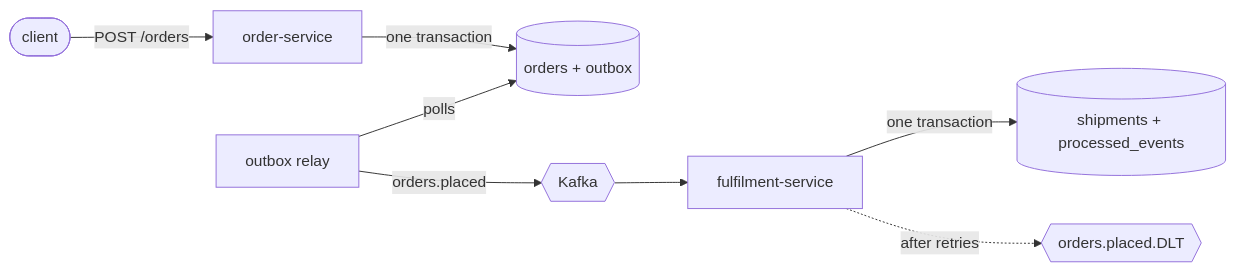
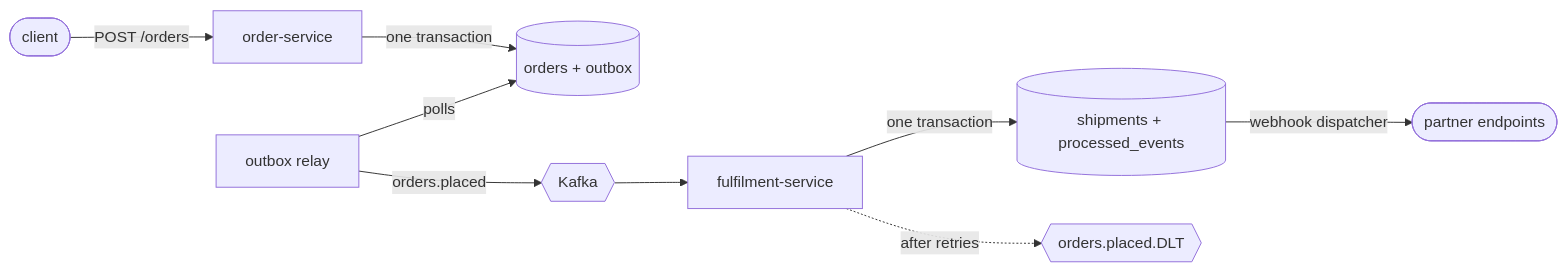
The diagram in README.md (nagarjuna-thumma/order-events), drawn with Mermaid before and after one commit. The commit also changed other lines of this file and 21 other files, not shown here.

````diff
--- a/README.md
+++ b/README.md
@@ -9,10 +9,11 @@
 ```mermaid
 flowchart LR
     client([client]) -->|POST /orders| os[order-service]
     os -->|one transaction| db1[(orders + outbox)]
     relay[outbox relay] -->|polls| db1
     relay -->|orders.placed| kafka{{Kafka}}
     kafka --> fs[fulfilment-service]
     fs -->|one transaction| db2[(shipments + processed_events)]
     fs -.->|after retries| dlt{{orders.placed.DLT}}
+    db2 -->|webhook dispatcher| partner([partner endpoints])
 ```
````
